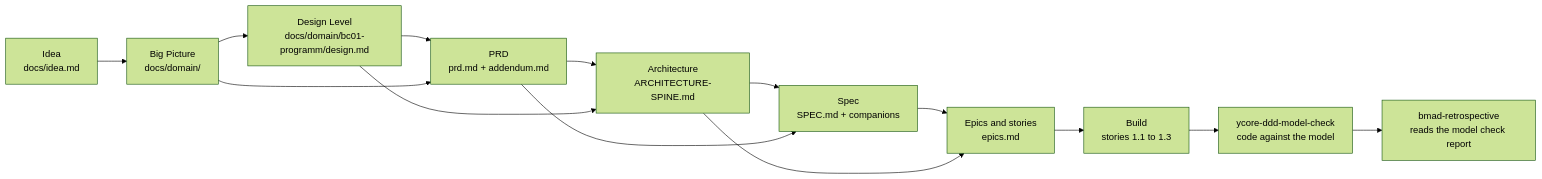
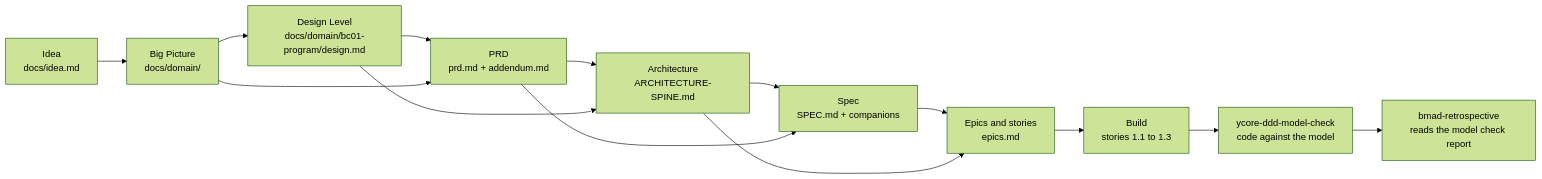
Before and after one commit to y-core-engineering/bmad-ddd-module: the diagram in docs/diagrams/example-trial-run.mmd, drawn with Mermaid (forest theme). The commit also changed 1 other file, not shown here.

```diff
--- a/docs/diagrams/example-trial-run.mmd
+++ b/docs/diagrams/example-trial-run.mmd
@@ -1,14 +1,14 @@
 flowchart LR
   idea["Idea<br/>docs/idea.md"] --> bp["Big Picture<br/>docs/domain/"]
-  bp --> dl["Design Level<br/>docs/domain/bc01-programm/design.md"]
+  bp --> dl["Design Level<br/>docs/domain/bc01-program/design.md"]
   dl --> prd["PRD<br/>prd.md + addendum.md"]
   bp --> prd
   prd --> spine["Architecture<br/>ARCHITECTURE-SPINE.md"]
   dl --> spine
   spine --> spec["Spec<br/>SPEC.md + companions"]
   prd --> spec
   spec --> epics["Epics and stories<br/>epics.md"]
   spine --> epics
   epics --> build["Build<br/>stories 1.1 to 1.3"]
   build --> mc["ycore-ddd-model-check<br/>code against the model"]
   mc --> retro["bmad-retrospective<br/>reads the model check report"]
```
